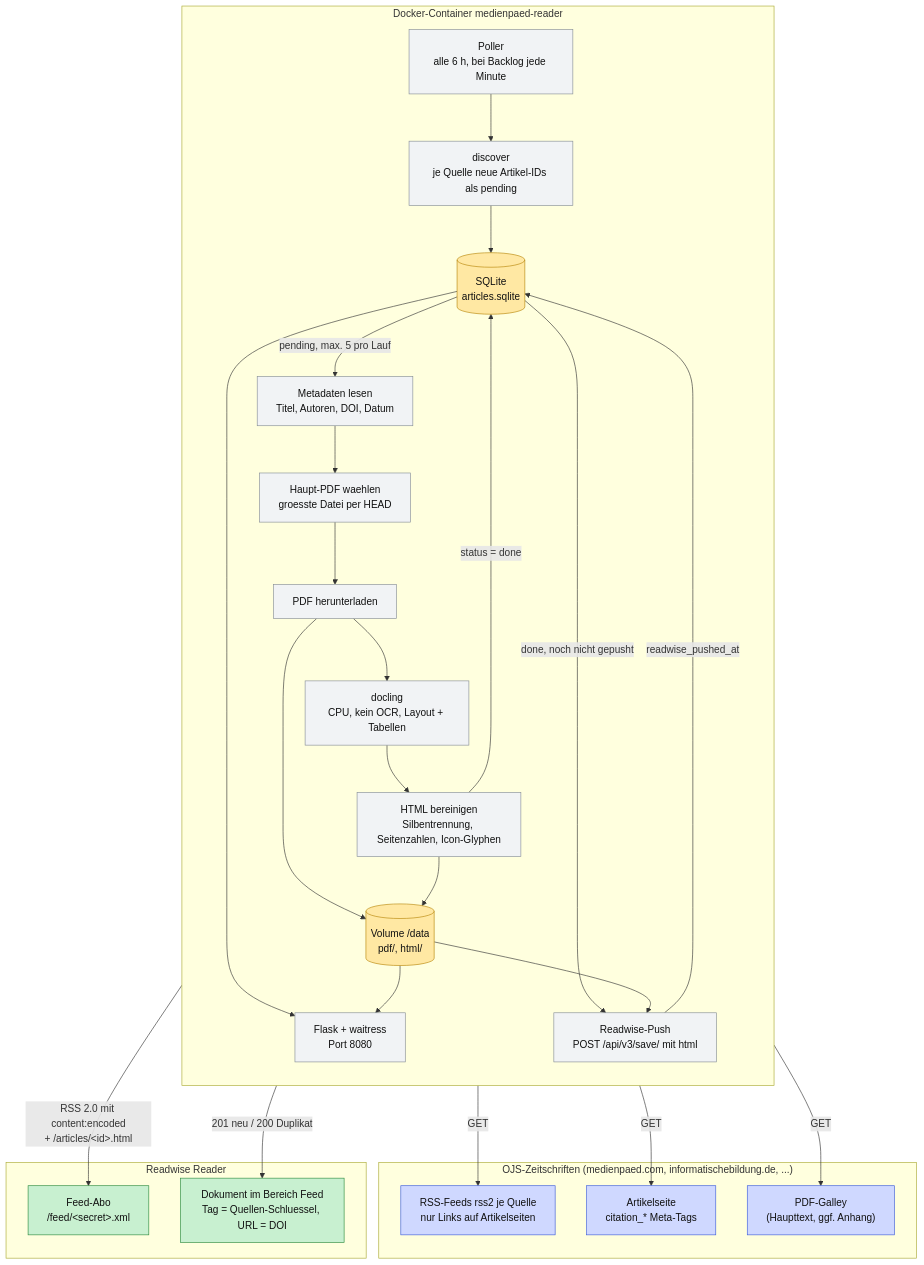
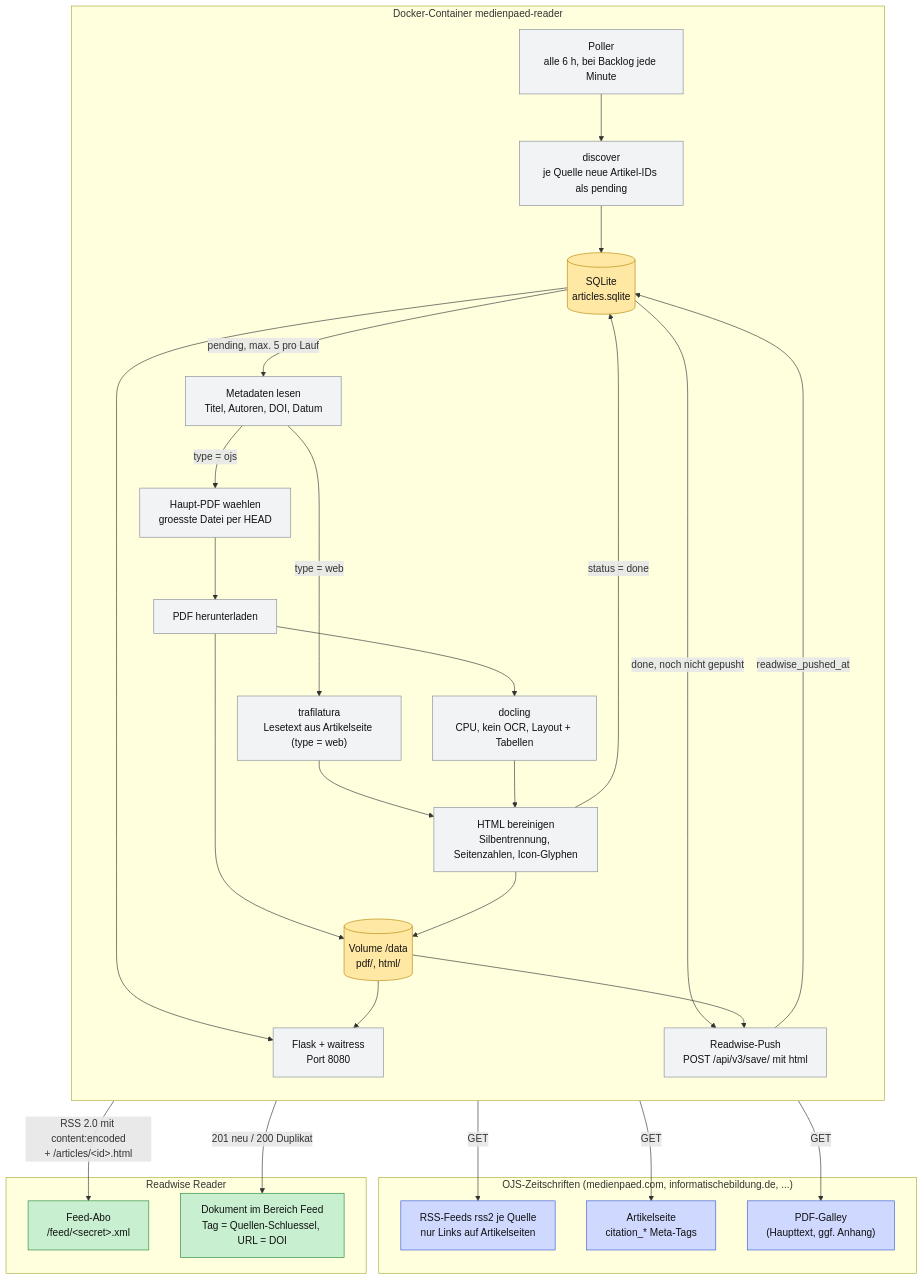
One commit to jvanvinkenroye/mediepaedcom2readwise changed the diagram in README.md. Above: the diagram before and after it, drawn with Mermaid. The commit also changed other lines of this file and 10 other files, not shown here.

First line of the commit message:
feat: Quellentyp web mit trafilatura fuer Teaser-Feeds

````diff
--- a/README.md
+++ b/README.md
@@ -43,58 +64,61 @@
 ```mermaid
 flowchart TD
     subgraph quelle["OJS-Zeitschriften (medienpaed.com, informatischebildung.de, ...)"]
         RSS["RSS-Feeds rss2 je Quelle<br/>nur Links auf Artikelseiten"]
         SEITE["Artikelseite<br/>citation_* Meta-Tags"]
         PDF["PDF-Galley<br/>(Haupttext, ggf. Anhang)"]
     end
 
     subgraph container["Docker-Container medienpaed-reader"]
         direction TB
         POLL["Poller<br/>alle 6 h, bei Backlog jede Minute"]
         DISC["discover<br/>je Quelle neue Artikel-IDs als pending"]
         META["Metadaten lesen<br/>Titel, Autoren, DOI, Datum"]
         WAHL["Haupt-PDF waehlen<br/>groesste Datei per HEAD"]
+        TRAF["trafilatura<br/>Lesetext aus Artikelseite (type = web)"]
         DL["PDF herunterladen"]
         DOC["docling<br/>CPU, kein OCR, Layout + Tabellen"]
         CLEAN["HTML bereinigen<br/>Silbentrennung, Seitenzahlen, Icon-Glyphen"]
         DB[("SQLite<br/>articles.sqlite")]
         FS[("Volume /data<br/>pdf/, html/")]
         WEB["Flask + waitress<br/>Port 8080"]
         PUSH["Readwise-Push<br/>POST /api/v3/save/ mit html"]
     end
 
     subgraph ziel["Readwise Reader"]
         FEEDABO["Feed-Abo<br/>/feed/&lt;secret&gt;.xml"]
         API["Dokument im Bereich Feed<br/>Tag = Quellen-Schluessel, URL = DOI"]
     end
 
     POLL --> DISC
     DISC -->|GET| RSS
     DISC --> DB
     DB -->|pending, max. 5 pro Lauf| META
     META -->|GET| SEITE
-    META --> WAHL
+    META -->|type = ojs| WAHL
+    META -->|type = web| TRAF
+    TRAF --> CLEAN
     WAHL --> DL
     DL -->|GET| PDF
     DL --> FS
     DL --> DOC
     DOC --> CLEAN
     CLEAN --> FS
     CLEAN -->|status = done| DB
     DB --> WEB
     FS --> WEB
     WEB -->|"RSS 2.0 mit content:encoded<br/>+ /articles/&lt;id&gt;.html"| FEEDABO
     DB -->|done, noch nicht gepusht| PUSH
     FS --> PUSH
     PUSH -->|"201 neu / 200 Duplikat"| API
     PUSH -->|readwise_pushed_at| DB
 
     classDef quelle fill:#cfd8ff,stroke:#3b5bdb,color:#111
     classDef ziel fill:#c8f0d0,stroke:#2b8a3e,color:#111
     classDef store fill:#ffe8a3,stroke:#b8860b,color:#111
     classDef step fill:#f1f3f5,stroke:#868e96,color:#111
-    class POLL,DISC,META,WAHL,DL,DOC,CLEAN,WEB,PUSH step
+    class POLL,DISC,META,WAHL,TRAF,DL,DOC,CLEAN,WEB,PUSH step
     class RSS,SEITE,PDF quelle
     class FEEDABO,API ziel
     class DB,FS store
 ```
````
